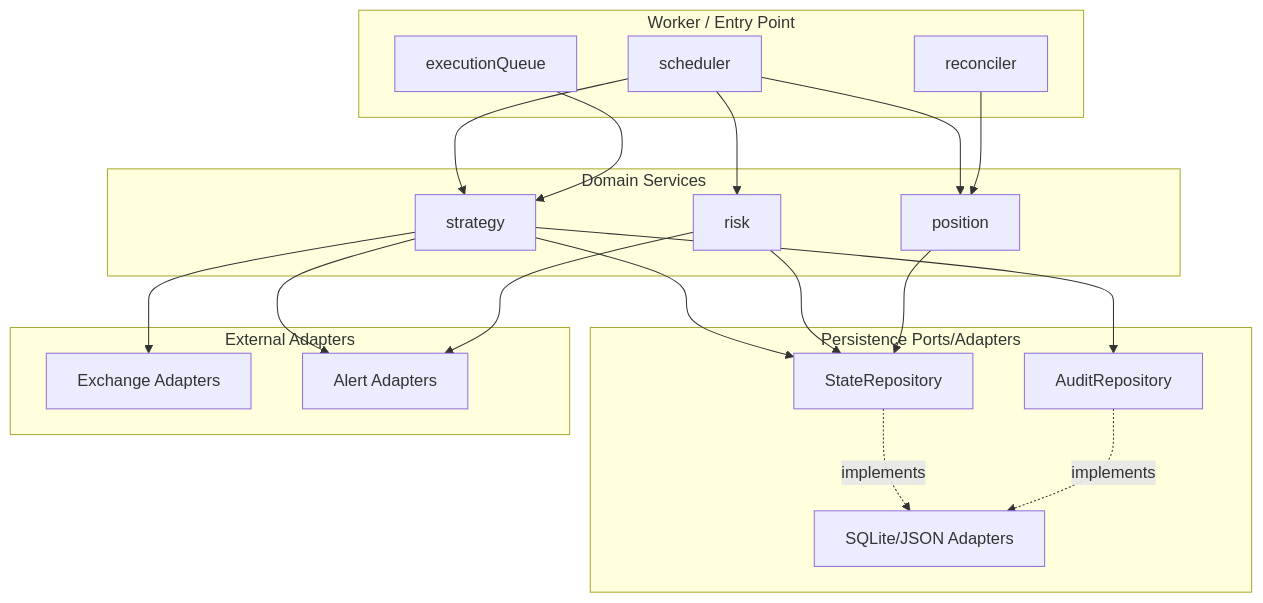
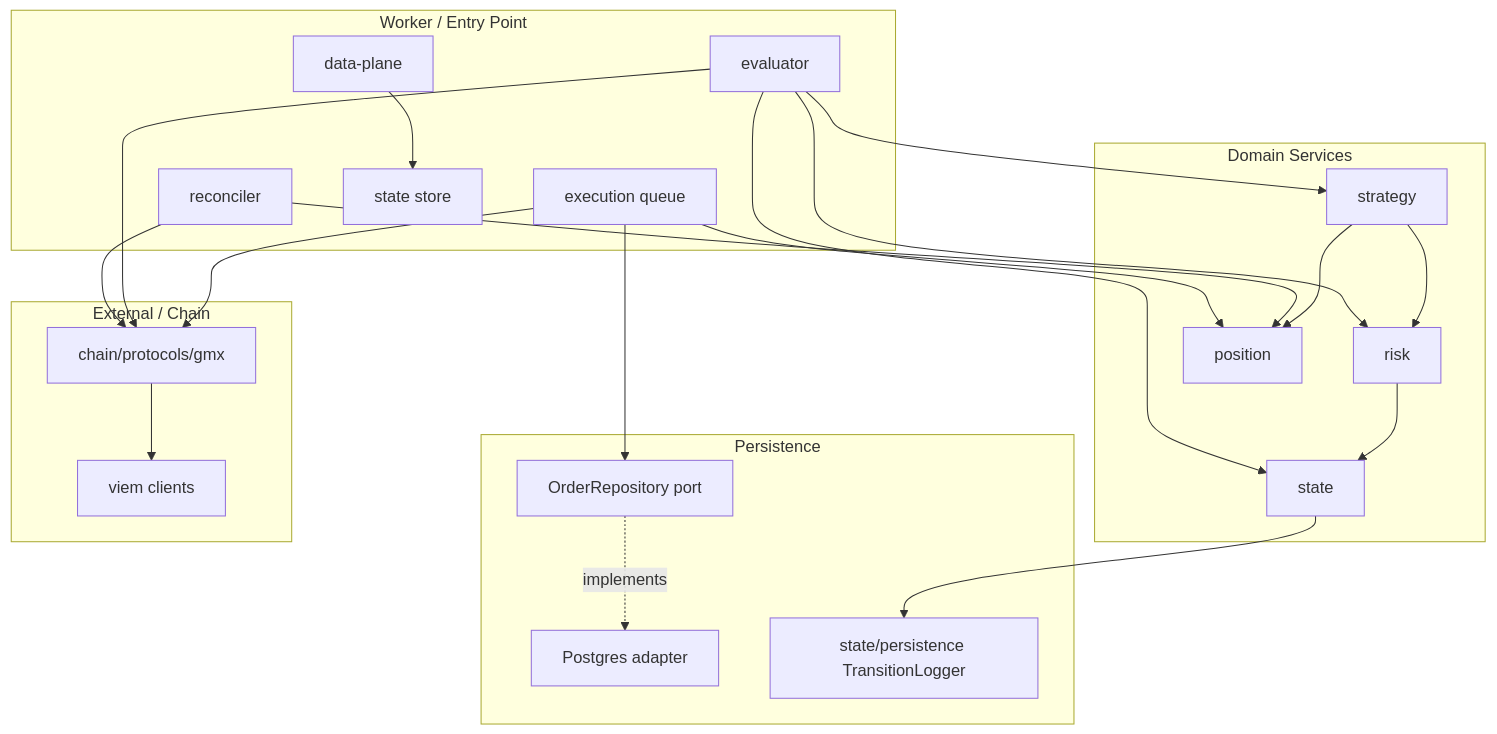
One commit to iknowhtml/perp-funding-rate-arb-bot changed the diagram in adrs/0002-hexagonal-inspired-architecture.md. Above: the diagram before and after it, drawn with Mermaid. The commit also changed other lines of this file and 20 other files, not shown here.

````diff
--- a/adrs/0002-hexagonal-inspired-architecture.md
+++ b/adrs/0002-hexagonal-inspired-architecture.md
@@ -113,43 +129,47 @@
 ```mermaid
 flowchart TB
     subgraph worker [Worker / Entry Point]
-        W1[scheduler]
-        W2[executionQueue]
-        W3[reconciler]
+        W1[data-plane]
+        W2[evaluator]
+        W3[execution queue]
+        W4[reconciler]
+        W5[state store]
     end
 
     subgraph domains [Domain Services]
         D1[strategy]
         D2[risk]
         D3[position]
+        D4[state]
     end
 
-    subgraph persistence [Persistence Ports/Adapters]
-        P1[StateRepository]
-        P2[AuditRepository]
-        A1[SQLite/JSON Adapters]
+    subgraph persistence [Persistence]
+        P1[OrderRepository port]
+        A1[Postgres adapter]
+        D4P[state/persistence TransitionLogger]
     end
 
-    subgraph external [External Adapters]
-        E1[Exchange Adapters]
-        E2[Alert Adapters]
+    subgraph external [External / Chain]
+        E1[chain/protocols/gmx]
+        E2[viem clients]
     end
 
-    W1 --> D1
-    W1 --> D2
-    W1 --> D3
+    W1 --> W5
     W2 --> D1
+    W2 --> D2
     W3 --> D3
+    W4 --> D3
+    W2 --> D4
 
-    D1 --> P1
-    D2 --> P1
-    D3 --> P1
-    D1 --> P2
+    D1 --> D2
+    D1 --> D3
+    D2 --> D4
+    D4 --> D4P
 
     P1 -.->|implements| A1
-    P2 -.->|implements| A1
-
-    D1 --> E1
-    D1 --> E2
-    D2 --> E2
+    W3 --> P1
+    W4 --> E1
+    W2 --> E1
+    W3 --> E1
+    E1 --> E2
 ```
````
